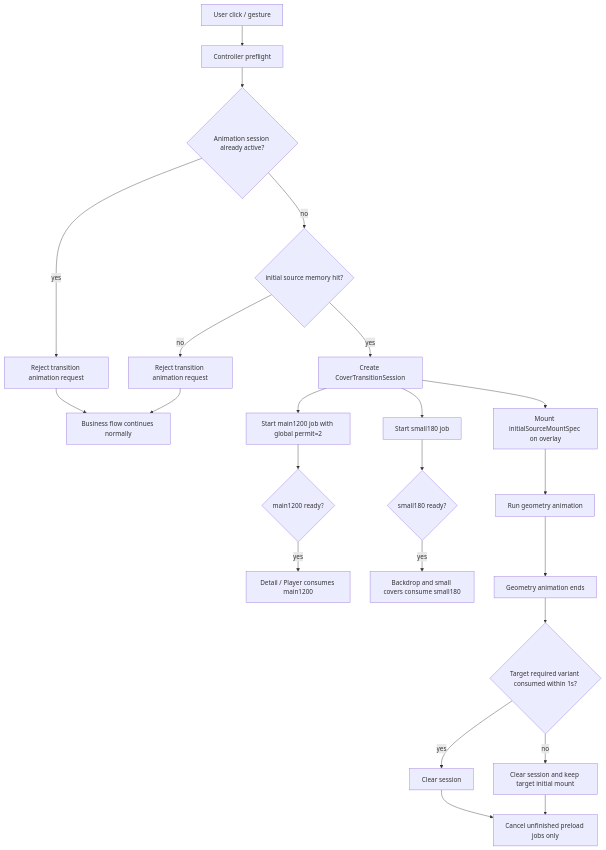
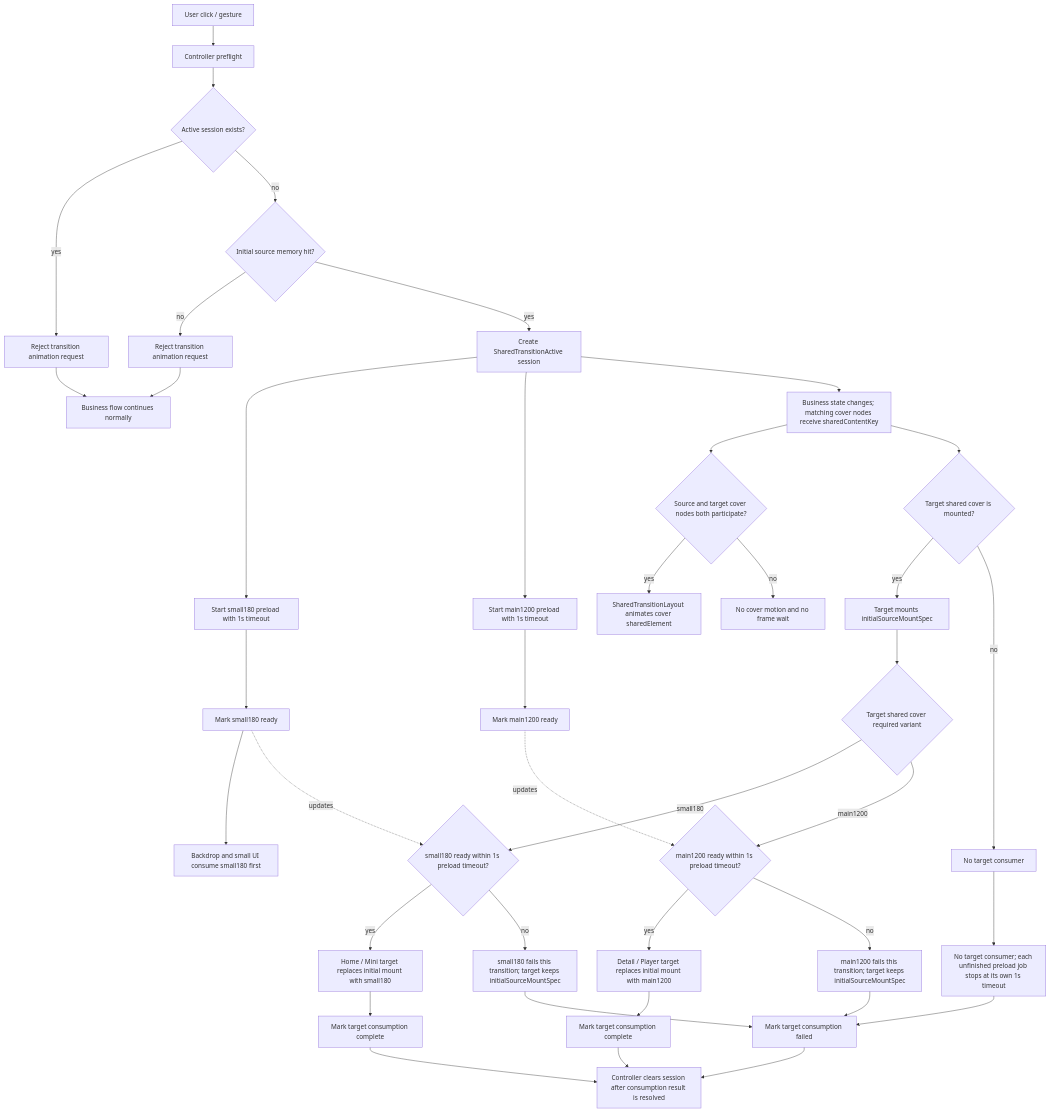
Before and after one commit to Viel0320/Oto: the diagram in docs/cover_transition_animation_design.md, drawn with Mermaid. The commit also changed other lines of this file and 245 other files, not shown here.

````diff
--- a/docs/cover_transition_animation_design.md
+++ b/docs/cover_transition_animation_design.md
@@ -291,25 +321,41 @@
 ```mermaid
 flowchart TD
     A["User click / gesture"] --> B["Controller preflight"]
-    B --> C{"Animation session already active?"}
+    B --> C{"Active session exists?"}
     C -->|yes| D["Reject transition animation request"]
     D --> E["Business flow continues normally"]
-    C -->|no| F{"initial source memory hit?"}
+    C -->|no| F{"Initial source memory hit?"}
     F -->|no| G["Reject transition animation request"]
     G --> E
-    F -->|yes| H["Create CoverTransitionSession"]
-    H --> I["Mount initialSourceMountSpec on overlay"]
-    H --> J["Start main1200 job with global permit=2"]
-    H --> K["Start small180 job"]
-    I --> L["Run geometry animation"]
-    J --> M{"main1200 ready?"}
-    K --> N{"small180 ready?"}
-    M -->|yes| O["Detail / Player consumes main1200"]
-    N -->|yes| P["Backdrop and small covers consume small180"]
-    L --> Q["Geometry animation ends"]
-    Q --> R{"Target required variant consumed within 1s?"}
-    R -->|yes| S["Clear session"]
-    R -->|no| T["Clear session and keep target initial mount"]
-    S --> U["Cancel unfinished preload jobs only"]
-    T --> U
+    F -->|yes| H["Create SharedTransitionActive session"]
+    H --> K["Start small180 preload with 1s timeout"]
+    H --> J["Start main1200 preload with 1s timeout"]
+    H --> L["Business state changes; matching cover nodes receive sharedContentKey"]
+    L --> M{"Source and target cover nodes both participate?"}
+    M -->|yes| N["SharedTransitionLayout animates cover sharedElement"]
+    M -->|no| O["No cover motion and no frame wait"]
+    L --> P{"Target shared cover is mounted?"}
+    P -->|yes| Q["Target mounts initialSourceMountSpec"]
+    P -->|no| R0["No target consumer"]
+    K --> KR["Mark small180 ready"]
+    KR --> B1["Backdrop and small UI consume small180 first"]
+    J --> JR["Mark main1200 ready"]
+    Q --> R{"Target shared cover required variant"}
+    R -->|small180| M2{"small180 ready within 1s preload timeout?"}
+    KR -. updates .-> M2
+    M2 -->|yes| T2["Home / Mini target replaces initial mount with small180"]
+    M2 -->|no| W2["small180 fails this transition; target keeps initialSourceMountSpec"]
+    R -->|main1200| M1{"main1200 ready within 1s preload timeout?"}
+    JR -. updates .-> M1
+    M1 -->|yes| T1["Detail / Player target replaces initial mount with main1200"]
+    M1 -->|no| W1["main1200 fails this transition; target keeps initialSourceMountSpec"]
+    R0 --> W0["No target consumer; each unfinished preload job stops at its own 1s timeout"]
+    T2 --> U2["Mark target consumption complete"]
+    T1 --> U1["Mark target consumption complete"]
+    W2 --> U3["Mark target consumption failed"]
+    W1 --> U3
+    W0 --> U3
+    U2 --> Z["Controller clears session after consumption result is resolved"]
+    U1 --> Z
+    U3 --> Z
 ```
````
